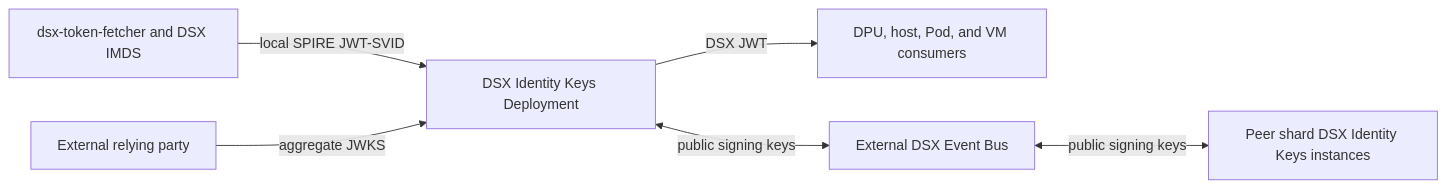
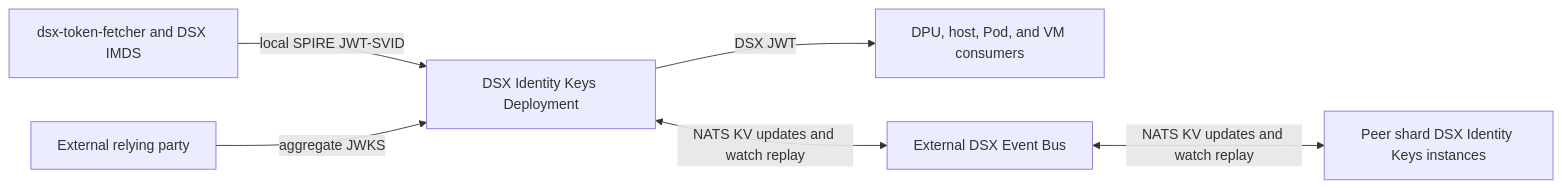
The third of 6 diagrams in README.md (dsx-ai-factory/nvidia-workload-identity), drawn with Mermaid before and after one commit. The commit also changed other lines of this file and 45 other files, not shown here.

Commit message:
feat: synchronize public keys through NATS KV

````diff
--- a/README.md
+++ b/README.md
@@ -256,12 +256,12 @@
 ```mermaid
 flowchart LR
   Local["dsx-token-fetcher and DSX IMDS"]
   IdentityKeys["DSX Identity Keys Deployment"]
   Consumers["DPU, host, Pod, and VM consumers"]
 
   Local -->|"local SPIRE JWT-SVID"| IdentityKeys
   IdentityKeys -->|"DSX JWT"| Consumers
-  IdentityKeys <-->|"public signing keys"| Bus["External DSX Event Bus"]
-  Bus <-->|"public signing keys"| Peers["Peer shard DSX Identity Keys instances"]
+  IdentityKeys <-->|"NATS KV updates and watch replay"| Bus["External DSX Event Bus"]
+  Bus <-->|"NATS KV updates and watch replay"| Peers["Peer shard DSX Identity Keys instances"]
   RelyingParty["External relying party"] -->|"aggregate JWKS"| IdentityKeys
 ```
````
